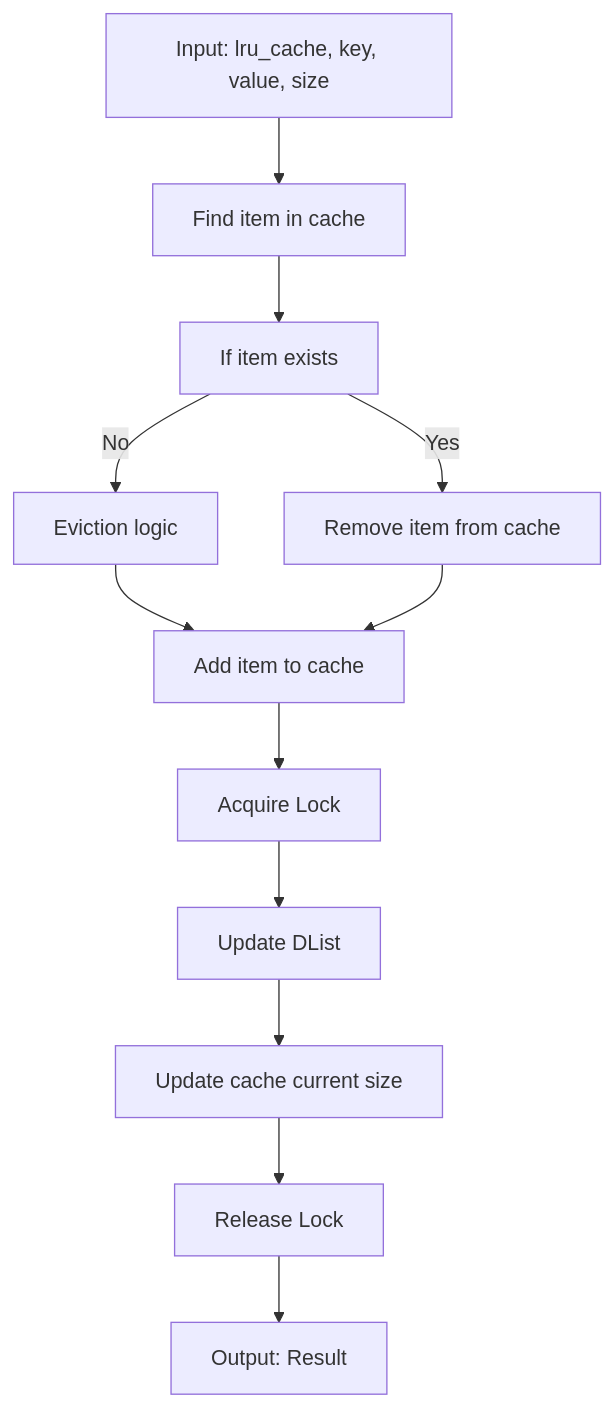
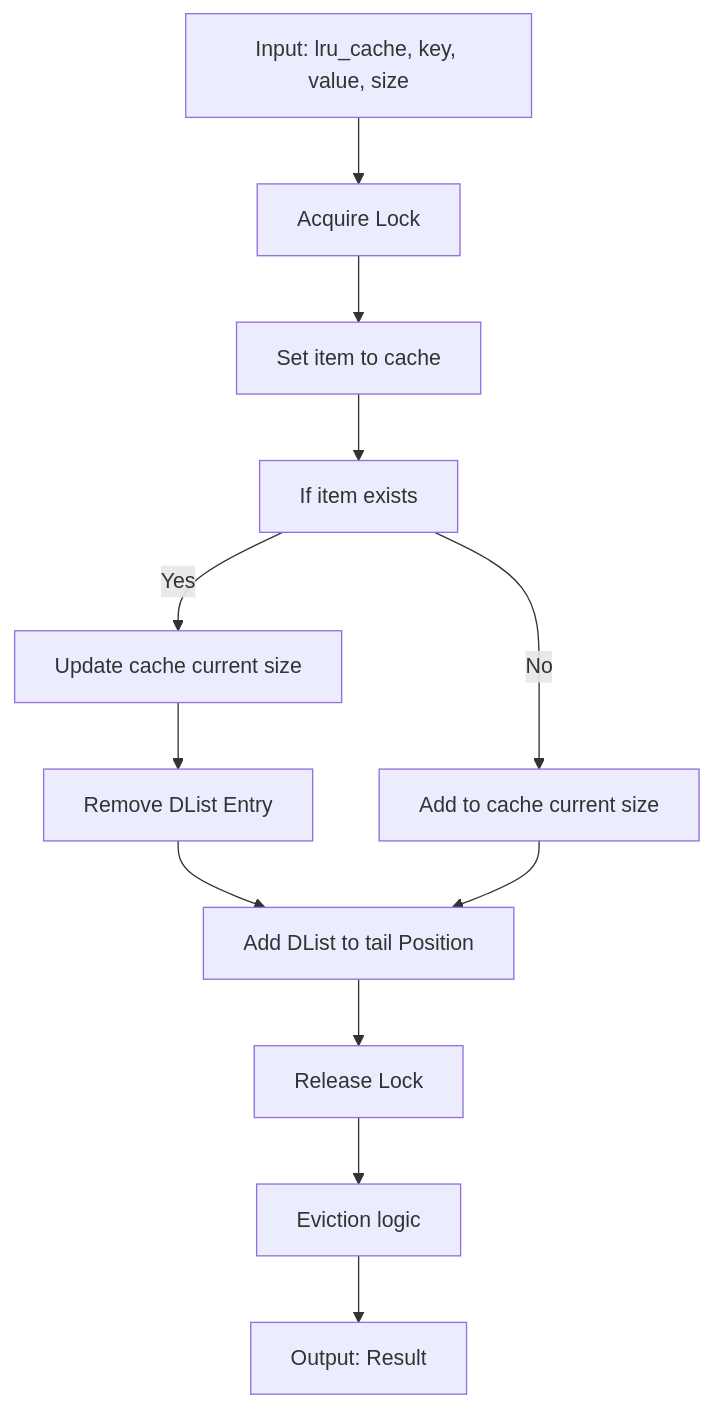
Before and after one commit to Azure/clds: the first of 3 diagrams in devdoc/lru_cache_design.md, drawn with Mermaid. The commit also changed other lines of this file and 9 other files, not shown here.

First line of the commit message:
LRU Cache using clds_hash_table, SRW Lock and DList (#177)

````diff
--- a/devdoc/lru_cache_design.md
+++ b/devdoc/lru_cache_design.md
@@ -48,26 +60,27 @@
 ```mermaid
 graph TD
     A[Input: lru_cache, key, value, size]
     B[Acquire Lock]
-    C[Find item in cache]
+    C[Set item to cache]
     D[If item exists]
-    E[Remove item from cache]
-    F[Eviction logic]
-    G[Add item to cache]
-    H[Update DList]
-    I[Update cache current size]
+    E[Update cache current size]
+    F[Remove DList Entry]
+    H[Add to cache current size]
+    I[Add DList to tail Position]
     J[Release Lock]
-    K[Output: Result]
+    K[Eviction logic]
+    L[Output: Result]
 
-    A --> C
+    A --> B
+    B --> C
     C --> D
     D -->|Yes| E
-    D -->|No| F
-    F --> G
-    E --> G
-    G --> B
-    B --> H
+    D -->|No| H
+    E --> F
+    F --> I
     H --> I
     I --> J
     J --> K
+    K --> L
+
 ```
````
